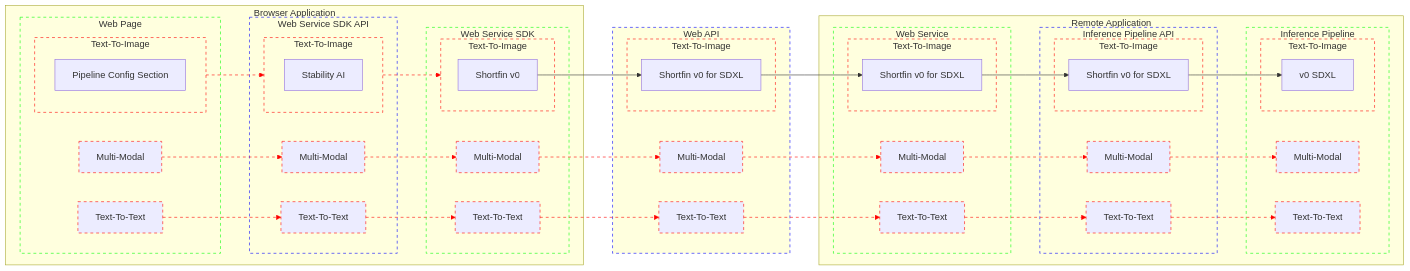
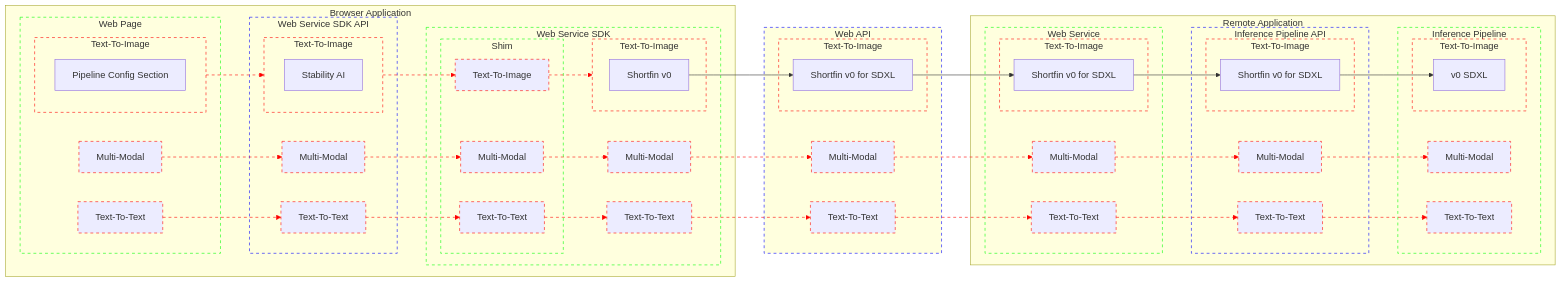
One commit to bjacobgordon/shark-ui changed the diagram in docs/webAPI/architecture.mmd. Above: the diagram before and after it, drawn with Mermaid.

Commit message:
step: adds module for web service SDK shim

```diff
--- a/docs/webAPI/architecture.mmd
+++ b/docs/webAPI/architecture.mmd
@@ -1,169 +1,192 @@
 flowchart LR
   classDef Contract          stroke: #00F, stroke-dasharray: 5
   classDef ApplicationModule stroke: #0F0, stroke-dasharray: 5
   classDef InferenceModality stroke: #F00, stroke-dasharray: 5
 
   subgraph BrowserApplication[Browser Application]
     subgraph BrowserApplication_WebPage[Web Page]
       subgraph BrowserApplication_WebPage_TextToImage[Text-To-Image]
         BrowserApplication_WebPage_TextToImage_PipelineConfigSection[Pipeline Config Section]
       end
       class BrowserApplication_WebPage_TextToImage InferenceModality
 
       BrowserApplication_WebPage_MultiModal[Multi-Modal]
       class BrowserApplication_WebPage_MultiModal InferenceModality
 
       BrowserApplication_WebPage_TextToText[Text-To-Text]
       class BrowserApplication_WebPage_TextToText InferenceModality
     end
     class BrowserApplication_WebPage ApplicationModule
 
 
     BrowserApplication_WebPage_TextToImage BrowserApplication_WebPage__TextToImage__BrowserApplication_WebServiceSDK_API@--> BrowserApplication_WebServiceSDK_API_TextToImage
     class BrowserApplication_WebPage_TextToImage InferenceModality
     class BrowserApplication_WebPage__TextToImage__BrowserApplication_WebServiceSDK_API InferenceModality
 
     BrowserApplication_WebPage_MultiModal BrowserApplication_WebPage__MultiModal__BrowserApplication_WebServiceSDK_API@--> BrowserApplication_WebServiceSDK_API_MultiModal
     class BrowserApplication_WebPage__MultiModal__BrowserApplication_WebServiceSDK_API InferenceModality
 
     BrowserApplication_WebPage_TextToText BrowserApplication_WebPage__TextToText__BrowserApplication_WebServiceSDK_API@--> BrowserApplication_WebServiceSDK_API_TextToText
     class BrowserApplication_WebPage__TextToText__BrowserApplication_WebServiceSDK_API InferenceModality
 
 
     subgraph BrowserApplication_WebServiceSDK_API[Web Service SDK API]
       subgraph BrowserApplication_WebServiceSDK_API_TextToImage[Text-To-Image]
         BrowserApplication_WebServiceSDK_API_TextToImage_StabilityAI[Stability AI]
       end
       class BrowserApplication_WebServiceSDK_API_TextToImage InferenceModality
 
       BrowserApplication_WebServiceSDK_API_MultiModal[Multi-Modal]
       class BrowserApplication_WebServiceSDK_API_MultiModal InferenceModality
 
       BrowserApplication_WebServiceSDK_API_TextToText[Text-To-Text]
       class BrowserApplication_WebServiceSDK_API_TextToText InferenceModality
     end
     class BrowserApplication_WebServiceSDK_API Contract
 
 
-    BrowserApplication_WebServiceSDK_API_TextToImage BrowserApplication_WebServiceSDK_API__TextToImage__BrowserApplication_WebServiceSDK@--> BrowserApplication_WebServiceSDK_TextToImage
-    class BrowserApplication_WebServiceSDK_API__TextToImage__BrowserApplication_WebServiceSDK InferenceModality
+    BrowserApplication_WebServiceSDK_API_TextToImage BrowserApplication_WebServiceSDK_API__TextToImage__BrowserApplication_WebServiceSDK_Shim@--> BrowserApplication_WebServiceSDK_Shim_TextToImage
+    class BrowserApplication_WebServiceSDK_API__TextToImage__BrowserApplication_WebServiceSDK_Shim InferenceModality
 
-    BrowserApplication_WebServiceSDK_API_MultiModal BrowserApplication_WebServiceSDK_API__MultiModal__BrowserApplication_WebServiceSDK@--> BrowserApplication_WebServiceSDK_MultiModal
-    class BrowserApplication_WebServiceSDK_API__MultiModal__BrowserApplication_WebServiceSDK InferenceModality
+    BrowserApplication_WebServiceSDK_API_MultiModal BrowserApplication_WebServiceSDK_API__MultiModal__BrowserApplication_WebServiceSDK_Shim@--> BrowserApplication_WebServiceSDK_Shim_MultiModal
+    class BrowserApplication_WebServiceSDK_API__MultiModal__BrowserApplication_WebServiceSDK_Shim InferenceModality
 
-    BrowserApplication_WebServiceSDK_API_TextToText BrowserApplication_WebServiceSDK_API__TextToText__BrowserApplication_WebServiceSDK@--> BrowserApplication_WebServiceSDK_TextToText
-    class BrowserApplication_WebServiceSDK_API__TextToText__BrowserApplication_WebServiceSDK InferenceModality
+    BrowserApplication_WebServiceSDK_API_TextToText BrowserApplication_WebServiceSDK_API__TextToText__BrowserApplication_WebServiceSDK_Shim@--> BrowserApplication_WebServiceSDK_Shim_TextToText
+    class BrowserApplication_WebServiceSDK_API__TextToText__BrowserApplication_WebServiceSDK_Shim InferenceModality
 
 
     subgraph BrowserApplication_WebServiceSDK[Web Service SDK]
+      subgraph BrowserApplication_WebServiceSDK_Shim[Shim]
+        BrowserApplication_WebServiceSDK_Shim_TextToImage[Text-To-Image]
+        class BrowserApplication_WebServiceSDK_Shim_TextToImage InferenceModality
+
+        BrowserApplication_WebServiceSDK_Shim_MultiModal[Multi-Modal]
+        class BrowserApplication_WebServiceSDK_Shim_MultiModal InferenceModality
+
+        BrowserApplication_WebServiceSDK_Shim_TextToText[Text-To-Text]
+        class BrowserApplication_WebServiceSDK_Shim_TextToText InferenceModality
+      end
+      class BrowserApplication_WebServiceSDK_Shim ApplicationModule
+
+
+      BrowserApplication_WebServiceSDK_Shim_TextToImage BrowserApplication_WebServiceSDK_Shim__TextToImage__BrowserApplication_WebServiceSDK@--> BrowserApplication_WebServiceSDK_TextToImage
+      class BrowserApplication_WebServiceSDK_Shim__TextToImage__BrowserApplication_WebServiceSDK InferenceModality
+
+      BrowserApplication_WebServiceSDK_Shim_MultiModal BrowserApplication_WebServiceSDK_Shim__MultiModal__BrowserApplication_WebServiceSDK@--> BrowserApplication_WebServiceSDK_MultiModal
+      class BrowserApplication_WebServiceSDK_Shim__MultiModal__BrowserApplication_WebServiceSDK InferenceModality
+
+      BrowserApplication_WebServiceSDK_Shim_TextToText BrowserApplication_WebServiceSDK_Shim__TextToText__BrowserApplication_WebServiceSDK@--> BrowserApplication_WebServiceSDK_TextToText
+      class BrowserApplication_WebServiceSDK_Shim__TextToText__BrowserApplication_WebServiceSDK InferenceModality
+
+
       subgraph BrowserApplication_WebServiceSDK_TextToImage[Text-To-Image]
         BrowserApplication_WebServiceSDK_TextToImage_Shortfin_v0[Shortfin v0]
       end
       class BrowserApplication_WebServiceSDK_TextToImage InferenceModality
 
       BrowserApplication_WebServiceSDK_MultiModal[Multi-Modal]
       class BrowserApplication_WebServiceSDK_MultiModal InferenceModality
 
       BrowserApplication_WebServiceSDK_TextToText[Text-To-Text]
       class BrowserApplication_WebServiceSDK_TextToText InferenceModality
     end
     class BrowserApplication_WebServiceSDK ApplicationModule
   end
 
 
   BrowserApplication_WebServiceSDK_TextToImage_Shortfin_v0 --> WebAPI_TextToImage_Shortfin_v0_SDXL
 
   BrowserApplication_WebServiceSDK_MultiModal BrowserApplication_WebServiceSDK__MultiModal__WebAPI@--> WebAPI_MultiModal
   class BrowserApplication_WebServiceSDK__MultiModal__WebAPI InferenceModality
 
   BrowserApplication_WebServiceSDK_TextToText BrowserApplication_WebServiceSDK__TextToText__WebAPI@--> WebAPI_TextToText
   class BrowserApplication_WebServiceSDK__TextToText__WebAPI InferenceModality
 
 
   subgraph WebAPI[Web API]
     subgraph WebAPI_TextToImage[Text-To-Image]
       WebAPI_TextToImage_Shortfin_v0_SDXL[Shortfin v0 for SDXL]
     end
     class WebAPI_TextToImage InferenceModality
 
     WebAPI_MultiModal[Multi-Modal]
     class WebAPI_MultiModal InferenceModality
 
     WebAPI_TextToText[Text-To-Text]
     class WebAPI_TextToText InferenceModality
   end
   class WebAPI Contract
 
 
   WebAPI_TextToImage_Shortfin_v0_SDXL --> RemoteApplication_WebService_TextToImage_Shortfin_v0_SDXL
 
   WebAPI_MultiModal WebAPI__MultiModal__RemoteApplication_WebService@--> RemoteApplication_WebService_MultiModal
   class WebAPI__MultiModal__RemoteApplication_WebService InferenceModality
 
   WebAPI_TextToText WebAPI__TextToText__RemoteApplication_WebService@--> RemoteApplication_WebService_TextToText
   class WebAPI__TextToText__RemoteApplication_WebService InferenceModality
 
 
   subgraph RemoteApplication[Remote Application]
     subgraph RemoteApplication_WebService[Web Service]
       subgraph RemoteApplication_WebService_TextToImage[Text-To-Image]
         RemoteApplication_WebService_TextToImage_Shortfin_v0_SDXL[Shortfin v0 for SDXL]
       end
       class RemoteApplication_WebService_TextToImage InferenceModality
 
       RemoteApplication_WebService_MultiModal[Multi-Modal]
       class RemoteApplication_WebService_MultiModal InferenceModality
 
       RemoteApplication_WebService_TextToText[Text-To-Text]
       class RemoteApplication_WebService_TextToText InferenceModality
     end
     class RemoteApplication_WebService ApplicationModule
 
 
     RemoteApplication_WebService_TextToImage_Shortfin_v0_SDXL --> RemoteApplication_InferencePipeline_API_TextToImage_Shortfin_v0_SDXL
 
     RemoteApplication_WebService_MultiModal RemoteApplication_WebService__MultiModal__RemoteApplication_InferencePipeline_API@--> RemoteApplication_InferencePipeline_API_MultiModal
     class RemoteApplication_WebService__MultiModal__RemoteApplication_InferencePipeline_API InferenceModality
 
     RemoteApplication_WebService_TextToText RemoteApplication_WebService__TextToText__RemoteApplication_InferencePipeline_API@--> RemoteApplication_InferencePipeline_API_TextToText
     class RemoteApplication_WebService__TextToText__RemoteApplication_InferencePipeline_API InferenceModality
 
 
     subgraph RemoteApplication_InferencePipeline_API[Inference Pipeline API]
       subgraph RemoteApplication_InferencePipeline_API_TextToImage[Text-To-Image]
         RemoteApplication_InferencePipeline_API_TextToImage_Shortfin_v0_SDXL[Shortfin v0 for SDXL]
       end
       class RemoteApplication_InferencePipeline_API_TextToImage InferenceModality
 
       RemoteApplication_InferencePipeline_API_MultiModal[Multi-Modal]
       class RemoteApplication_InferencePipeline_API_MultiModal InferenceModality
 
       RemoteApplication_InferencePipeline_API_TextToText[Text-To-Text]
       class RemoteApplication_InferencePipeline_API_TextToText InferenceModality
     end
     class RemoteApplication_InferencePipeline_API Contract
 
 
     RemoteApplication_InferencePipeline_API_TextToImage_Shortfin_v0_SDXL --> RemoteApplication_InferencePipeline_TextToImage_SDXL
 
     RemoteApplication_InferencePipeline_API_MultiModal RemoteApplication_InferencePipeline_API__MultiModal__RemoteApplication_InferencePipeline@--> RemoteApplication_InferencePipeline_MultiModal
     class RemoteApplication_InferencePipeline_API__MultiModal__RemoteApplication_InferencePipeline InferenceModality
 
     RemoteApplication_InferencePipeline_API_TextToText RemoteApplication_InferencePipeline_API__TextToText__RemoteApplication_InferencePipeline@--> RemoteApplication_InferencePipeline_TextToText
     class RemoteApplication_InferencePipeline_API__TextToText__RemoteApplication_InferencePipeline InferenceModality
 
 
     subgraph RemoteApplication_InferencePipeline[Inference Pipeline]
       subgraph RemoteApplication_InferencePipeline_TextToImage[Text-To-Image]
         RemoteApplication_InferencePipeline_TextToImage_SDXL[v0 SDXL]
       end
       class RemoteApplication_InferencePipeline_TextToImage InferenceModality
 
       RemoteApplication_InferencePipeline_MultiModal[Multi-Modal]
       class RemoteApplication_InferencePipeline_MultiModal InferenceModality
 
       RemoteApplication_InferencePipeline_TextToText[Text-To-Text]
       class RemoteApplication_InferencePipeline_TextToText InferenceModality
     end
     class RemoteApplication_InferencePipeline ApplicationModule
   end
```
